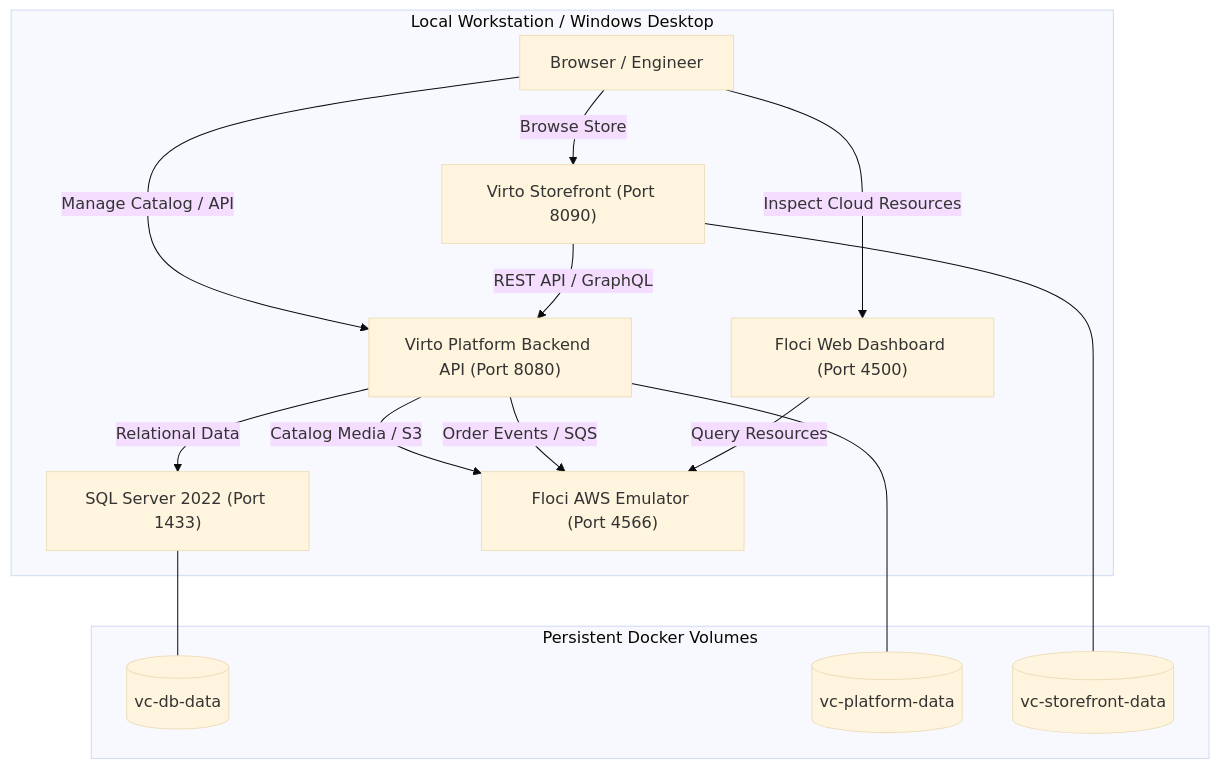
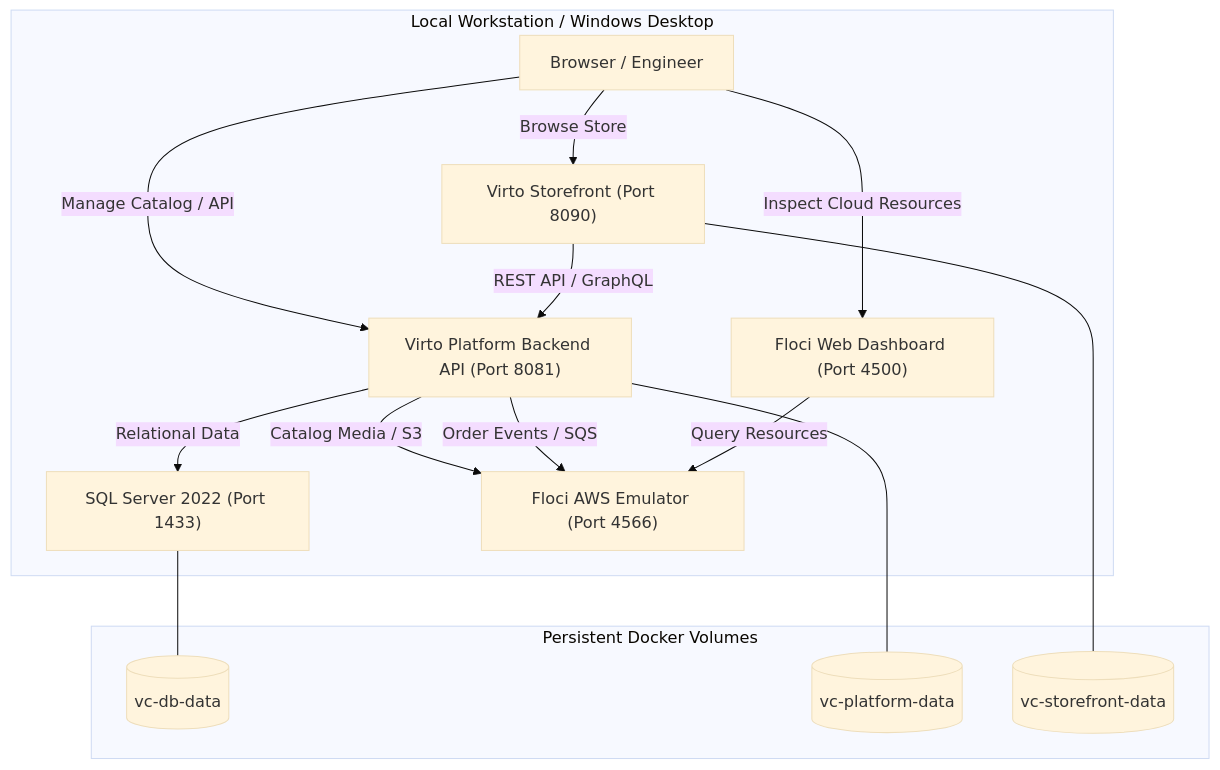
The first of 2 diagrams in README.md (kaushalpatil205/virto-commerce-aws), drawn with Mermaid (base theme) before and after one commit. The commit also changed other lines of this file and 8 other files, not shown here.

````diff
--- a/README.md
+++ b/README.md
@@ -40,32 +40,32 @@
 ```mermaid
 graph TD
     Client["Browser / Engineer"]
     
     subgraph Host["Local Workstation / Windows Desktop"]
         Storefront["Virto Storefront (Port 8090)"]
-        Platform["Virto Platform Backend API (Port 8080)"]
+        Platform["Virto Platform Backend API (Port 8081)"]
         SQL["SQL Server 2022 (Port 1433)"]
         Floci["Floci AWS Emulator (Port 4566)"]
         FlociUI["Floci Web Dashboard (Port 4500)"]
         
         Client -->|Browse Store| Storefront
         Client -->|Manage Catalog / API| Platform
         Client -->|Inspect Cloud Resources| FlociUI
         
         Storefront -->|REST API / GraphQL| Platform
         Platform -->|Relational Data| SQL
         Platform -->|Catalog Media / S3| Floci
         Platform -->|Order Events / SQS| Floci
         FlociUI -->|Query Resources| Floci
     end
     
     subgraph Storage["Persistent Docker Volumes"]
         DBVol[("vc-db-data")]
         PlatformVol[("vc-platform-data")]
         StorefrontVol[("vc-storefront-data")]
         
         SQL --- DBVol
         Platform --- PlatformVol
         Storefront --- StorefrontVol
     end
 ```
````
